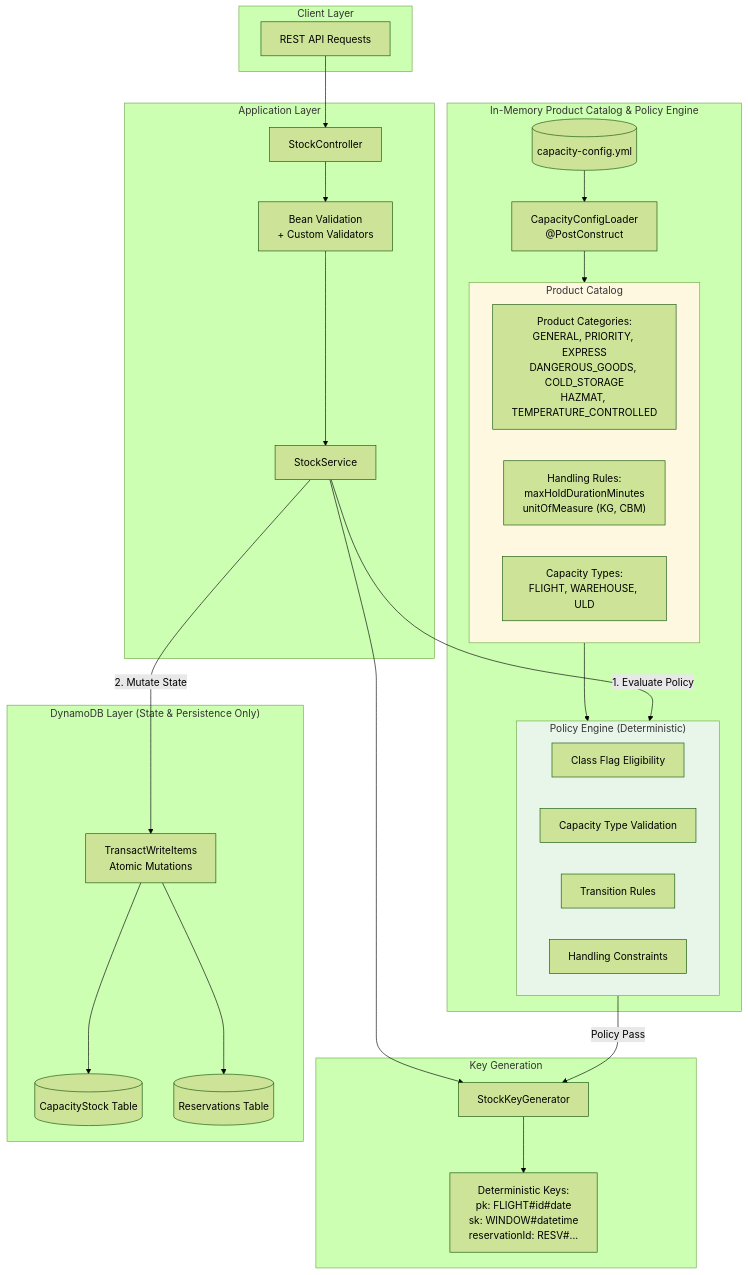
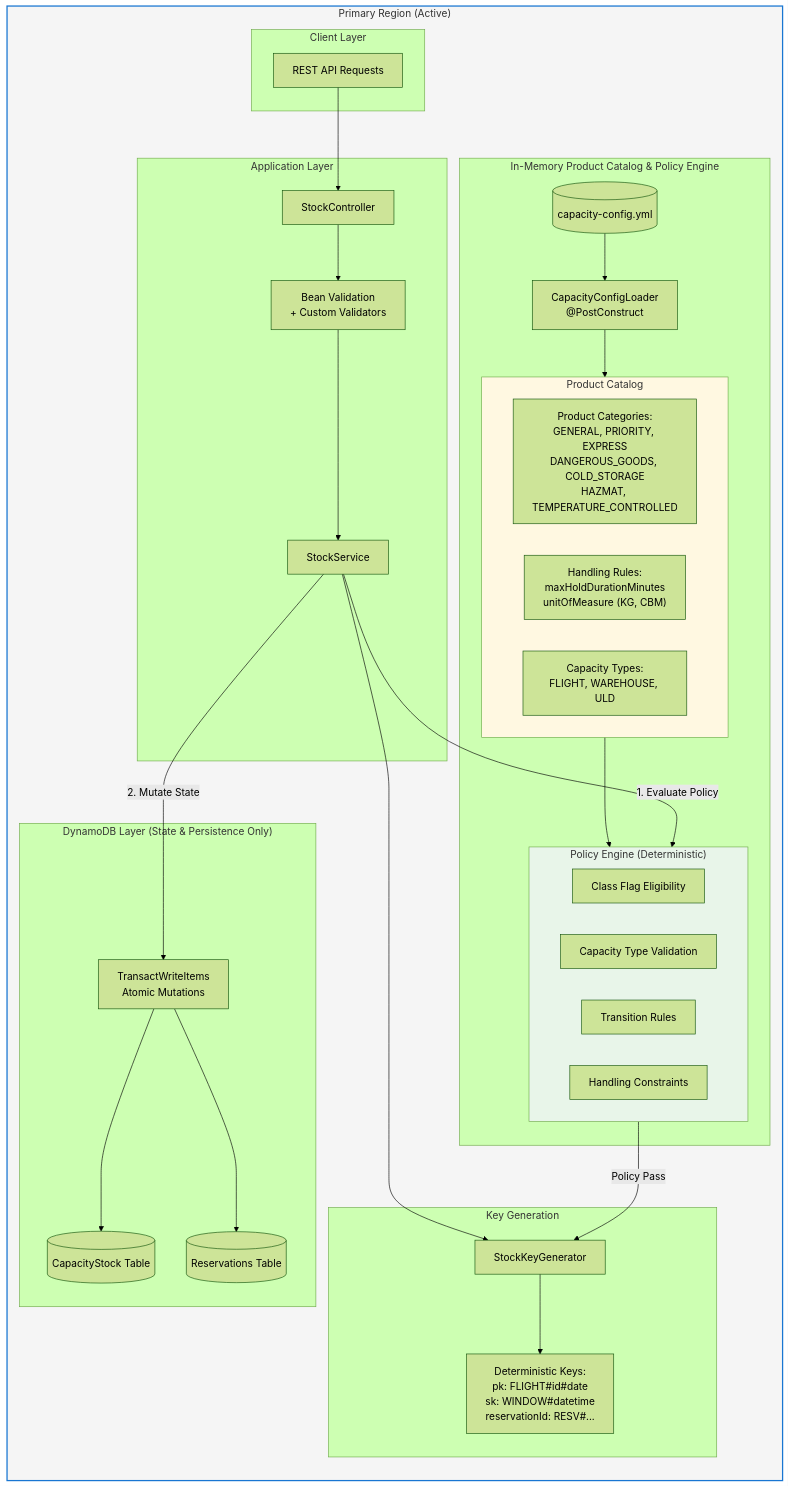
Before and after one commit to sethu-rs/stockkeeper: the first of 15 diagrams in docs/api-flow-diagrams.md, drawn with Mermaid (forest theme). The commit also changed other lines of this file and 1 other file, not shown here.

Commit message:
aws architecture added

````diff
--- a/docs/api-flow-diagrams.md
+++ b/docs/api-flow-diagrams.md
@@ -9,59 +39,65 @@
 ```mermaid
 flowchart TB
+    subgraph Region["Primary Region (Active)"]
+    direction TB
+
     subgraph Client["Client Layer"]
         API[REST API Requests]
     end
 
     subgraph App["Application Layer"]
         Controller[StockController]
         Validator["Bean Validation<br/>+ Custom Validators"]
         Service[StockService]
     end
 
     subgraph InMemory["In-Memory Product Catalog & Policy Engine"]
         ConfigFile[("capacity-config.yml")]
         ConfigLoader["CapacityConfigLoader<br/>@PostConstruct"]
 
         subgraph ProductCatalog["Product Catalog"]
             Categories["Product Categories:<br/>GENERAL, PRIORITY, EXPRESS<br/>DANGEROUS_GOODS, COLD_STORAGE<br/>HAZMAT, TEMPERATURE_CONTROLLED"]
             HandlingRules["Handling Rules:<br/>maxHoldDurationMinutes<br/>unitOfMeasure (KG, CBM)"]
             CapTypes["Capacity Types:<br/>FLIGHT, WAREHOUSE, ULD"]
         end
 
         subgraph PolicyEngine["Policy Engine (Deterministic)"]
             PE1["Class Flag Eligibility"]
             PE2["Capacity Type Validation"]
             PE3["Transition Rules"]
             PE4["Handling Constraints"]
         end
 
         ConfigFile --> ConfigLoader
         ConfigLoader --> ProductCatalog
         ProductCatalog --> PolicyEngine
     end
 
     subgraph Keys["Key Generation"]
         KeyGen[StockKeyGenerator]
         KeyPatterns["Deterministic Keys:<br/>pk: FLIGHT#id#date<br/>sk: WINDOW#datetime<br/>reservationId: RESV#..."]
     end
 
     subgraph DynamoDB["DynamoDB Layer (State & Persistence Only)"]
         StockTable[("CapacityStock Table")]
         ResvTable[("Reservations Table")]
         Transaction["TransactWriteItems<br/>Atomic Mutations"]
     end
 
     API --> Controller
     Controller --> Validator
     Validator --> Service
     Service -->|"1. Evaluate Policy"| PolicyEngine
     PolicyEngine -->|"Policy Pass"| KeyGen
     Service --> KeyGen
     KeyGen --> KeyPatterns
     Service -->|"2. Mutate State"| Transaction
     Transaction --> StockTable
     Transaction --> ResvTable
 
+    end
+
     style PolicyEngine fill:#e8f5e9
     style ProductCatalog fill:#fff8e1
+    style Region fill:#f5f5f5,stroke:#1976d2,stroke-width:2px
 ```
````
